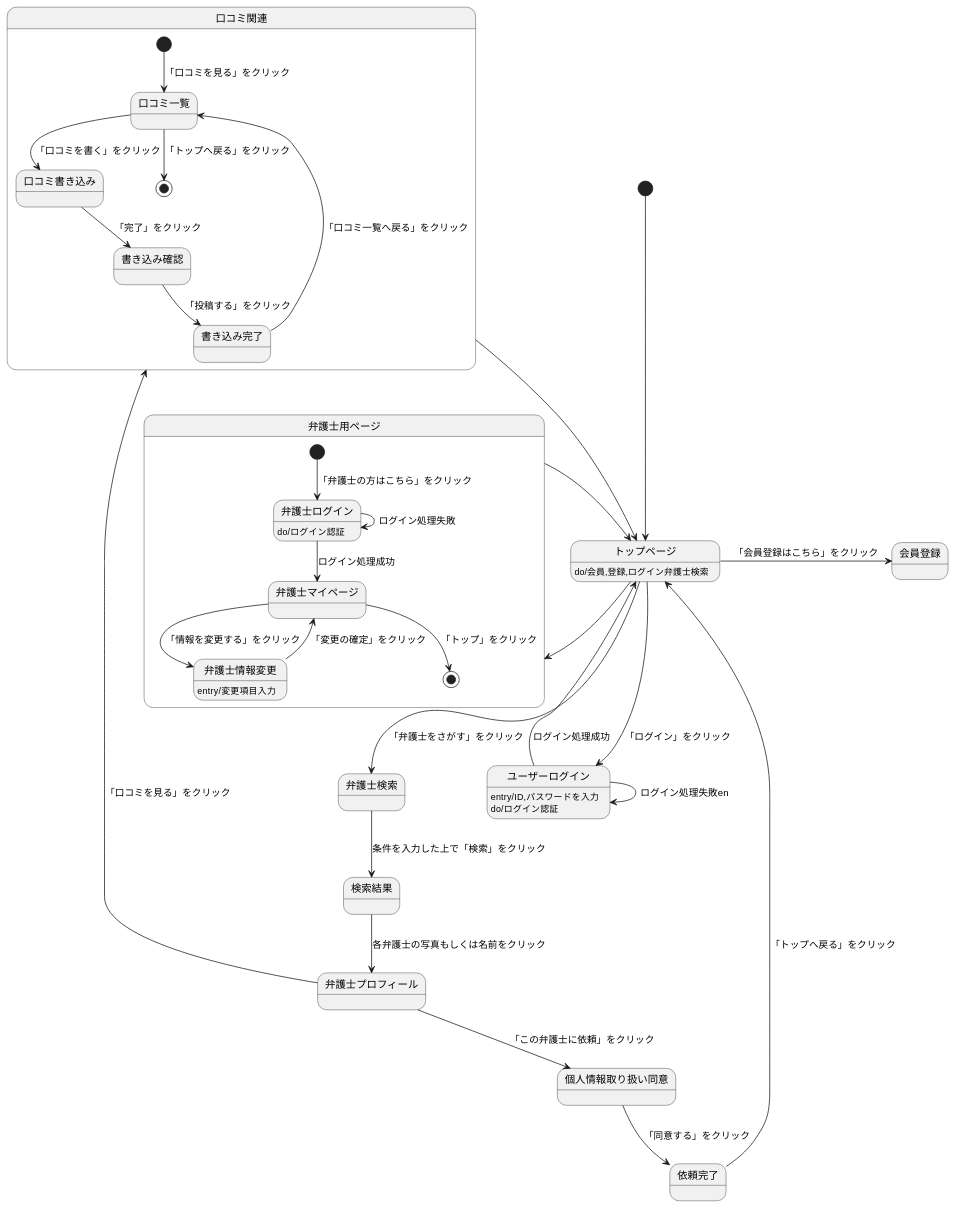
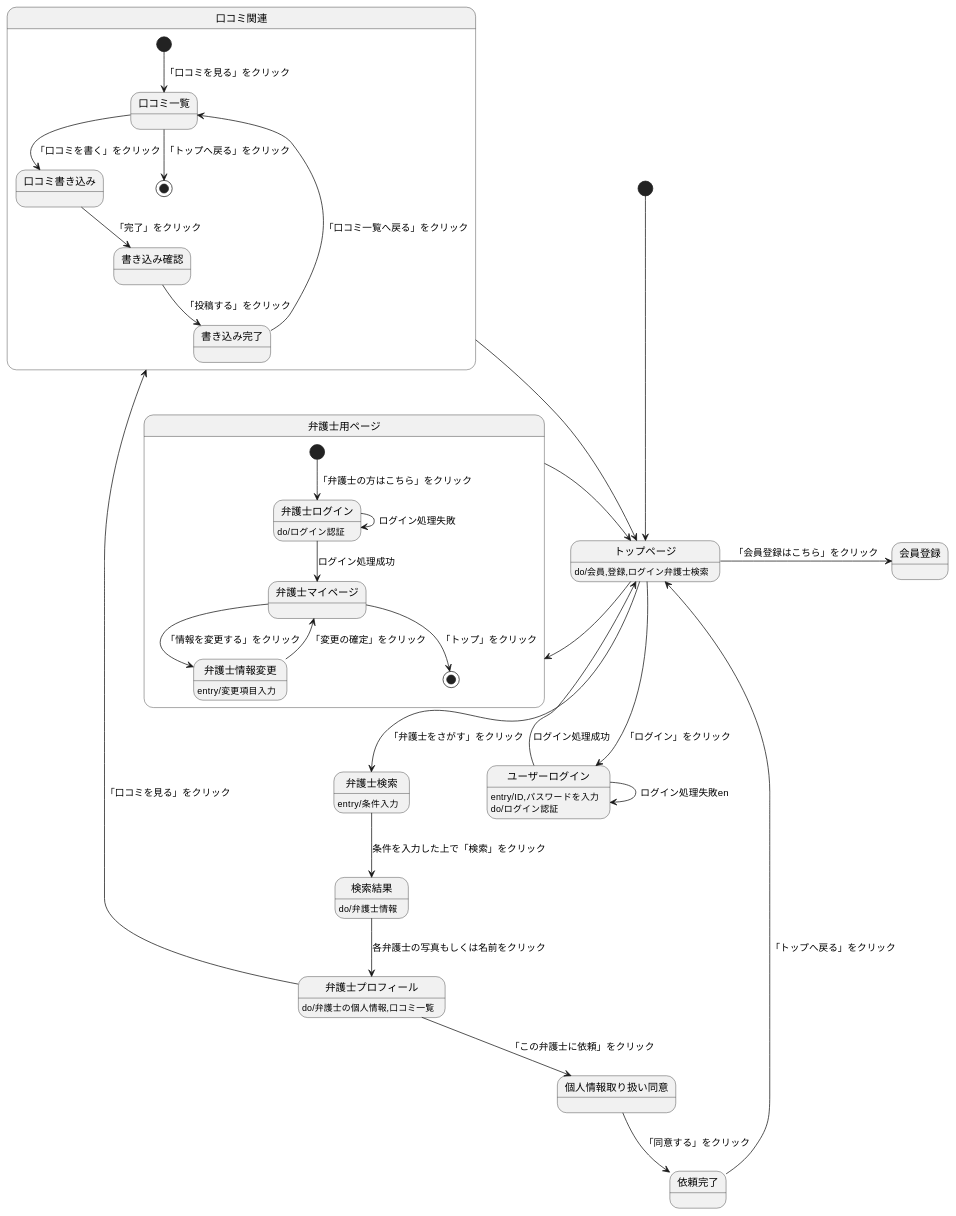
Before and after one commit to Aso2001374/2021sys-design: the diagram in 0524kadai.md, drawn with PlantUML.

````diff
--- a/0524kadai.md
+++ b/0524kadai.md
@@ -1,46 +1,52 @@
 ```uml
 @startuml
 [*] --> トップページ
 トップページ -> 会員登録:「会員登録はこちら」をクリック
 トップページ --> ユーザーログイン:「ログイン」をクリック
 トップページ:do/会員,登録,ログイン弁護士検索
 
 ユーザーログイン--> トップページ: ログイン処理成功
 ユーザーログイン--> ユーザーログイン: ログイン処理失敗en
 ユーザーログイン:entry/ID,パスワードを入力
 ユーザーログイン:do/ログイン認証
 
 トップページ -left-> 弁護士用ページ
 state 弁護士用ページ{
 [*] --> 弁護士ログイン:「弁護士の方はこちら」をクリック
 弁護士ログイン--> 弁護士ログイン: ログイン処理失敗
 弁護士ログイン--> 弁護士マイページ: ログイン処理成功
 弁護士ログイン:do/ログイン認証
 
 弁護士マイページ--> 弁護士情報変更: 「情報を変更する」をクリック
 弁護士情報変更--> 弁護士マイページ: 「変更の確定」をクリック
 弁護士情報変更:entry/変更項目入力
 弁護士マイページ--> [*]: 「トップ」をクリック
 }
 弁護士用ページ -right-> トップページ
 
 トップページ --> 弁護士検索:「弁護士をさがす」をクリック
 弁護士検索 --> 検索結果: 条件を入力した上で「検索」をクリック
+弁護士検索:entry/条件入力
+
 検索結果 -down-> 弁護士プロフィール: 各弁護士の写真もしくは名前をクリック
+検索結果:do/弁護士情報
+
 弁護士プロフィール -left-> 口コミ関連:「口コミを見る」をクリック
 弁護士プロフィール --> 個人情報取り扱い同意:「この弁護士に依頼」をクリック
+弁護士プロフィール:do/弁護士の個人情報,口コミ一覧
+
 個人情報取り扱い同意-->依頼完了:「同意する」をクリック
 依頼完了-->トップページ:「トップへ戻る」をクリック
 
 state 口コミ関連{
 [*] --> 口コミ一覧 : 「口コミを見る」をクリック
 口コミ一覧 --> 口コミ書き込み:「口コミを書く」をクリック
 口コミ書き込み --> 書き込み確認:「完了」をクリック
 書き込み確認 --> 書き込み完了:「投稿する」をクリック
 書き込み完了 --> 口コミ一覧:「口コミ一覧へ戻る」をクリック
 口コミ一覧 --> [*]:「トップへ戻る」をクリック
 }
 口コミ関連 --> トップページ
 
 @enduml
 ```
````
